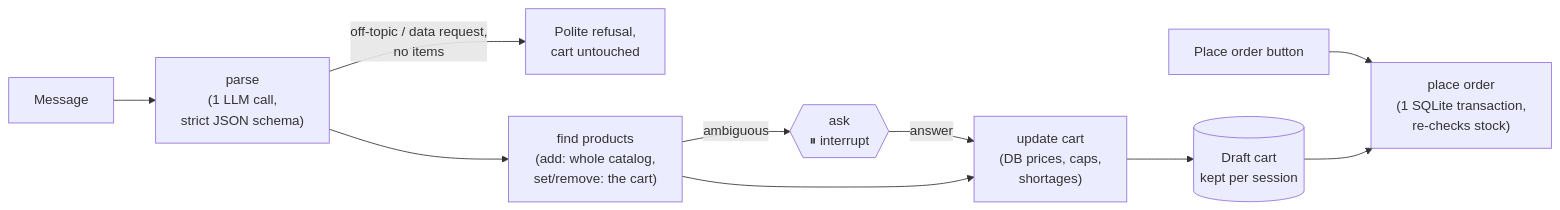
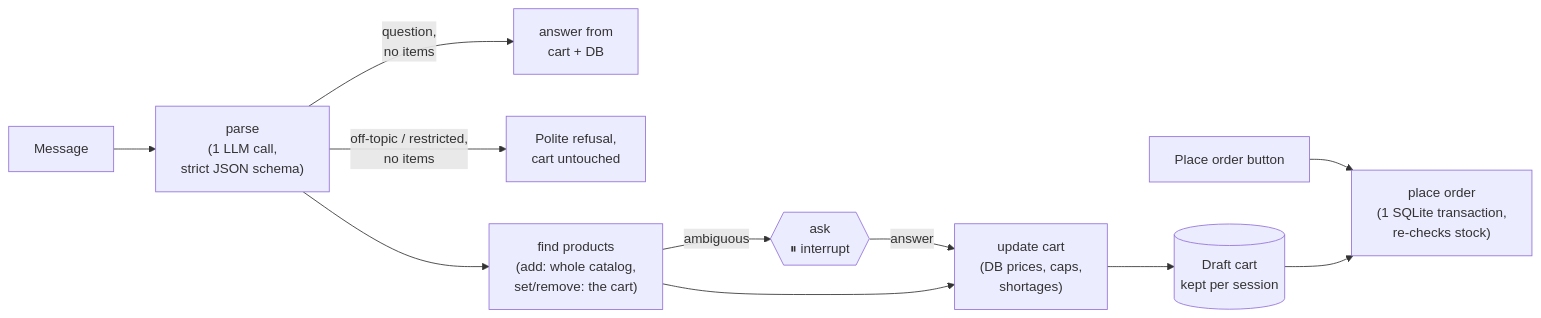
One commit to chiragsingla25/bees-order-agent changed the diagram in README.md. Above: the diagram before and after it, drawn with Mermaid. The commit also changed other lines of this file and 13 other files, not shown here.

Commit message:
Answer questions about your cart and our products, using the chat history

````diff
--- a/README.md
+++ b/README.md
@@ -28,12 +28,13 @@
 ```mermaid
 flowchart LR
     M[Message] --> P["parse<br/>(1 LLM call,<br/>strict JSON schema)"]
-    P -->|off-topic / data request,<br/>no items| R[Polite refusal,<br/>cart untouched]
+    P -->|question,<br/>no items| A["answer from<br/>cart + DB"]
+    P -->|off-topic / restricted,<br/>no items| R[Polite refusal,<br/>cart untouched]
     P --> F["find products<br/>(add: whole catalog,<br/>set/remove: the cart)"]
     F -->|ambiguous| Q{{"ask<br/>⏸ interrupt"}}
     Q -->|answer| U
     F --> U["update cart<br/>(DB prices, caps,<br/>shortages)"]
     U --> C[(Draft cart<br/>kept per session)]
     B[Place order button] --> T["place order<br/>(1 SQLite transaction,<br/>re-checks stock)"]
     C --> T
 ```
````
